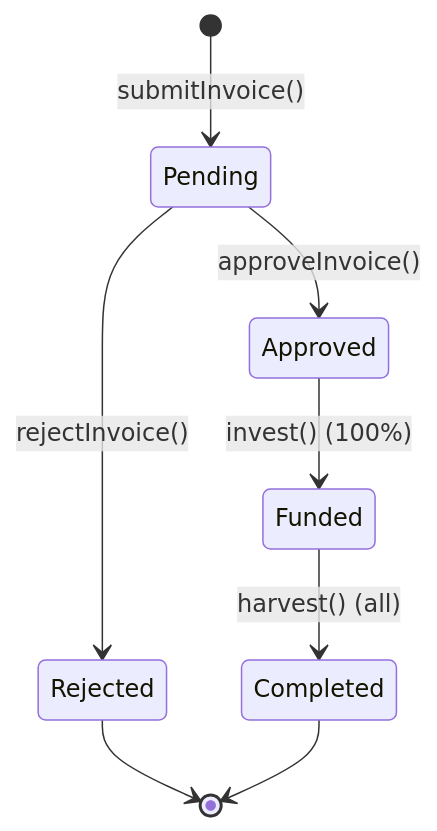
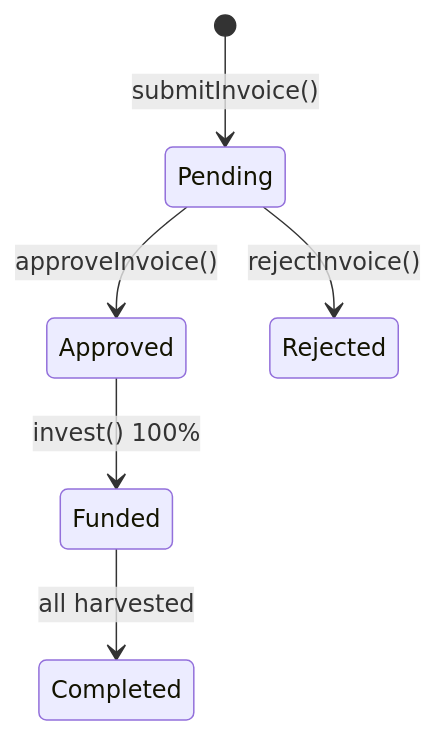
One commit to OwnaFarm/docs changed the second of 2 diagrams in gitbook/contracts/overview.md. Above: the diagram before and after it, drawn with Mermaid. The commit also changed other lines of this file and 17 other files, not shown here.

````diff
--- a/gitbook/contracts/overview.md
+++ b/gitbook/contracts/overview.md
@@ -129,10 +67,8 @@
 ```mermaid
 stateDiagram-v2
     [*] --> Pending: submitInvoice()
     Pending --> Approved: approveInvoice()
     Pending --> Rejected: rejectInvoice()
-    Approved --> Funded: invest() (100%)
-    Funded --> Completed: harvest() (all)
-    Rejected --> [*]
-    Completed --> [*]
+    Approved --> Funded: invest() 100%
+    Funded --> Completed: all harvested
 ```
````
